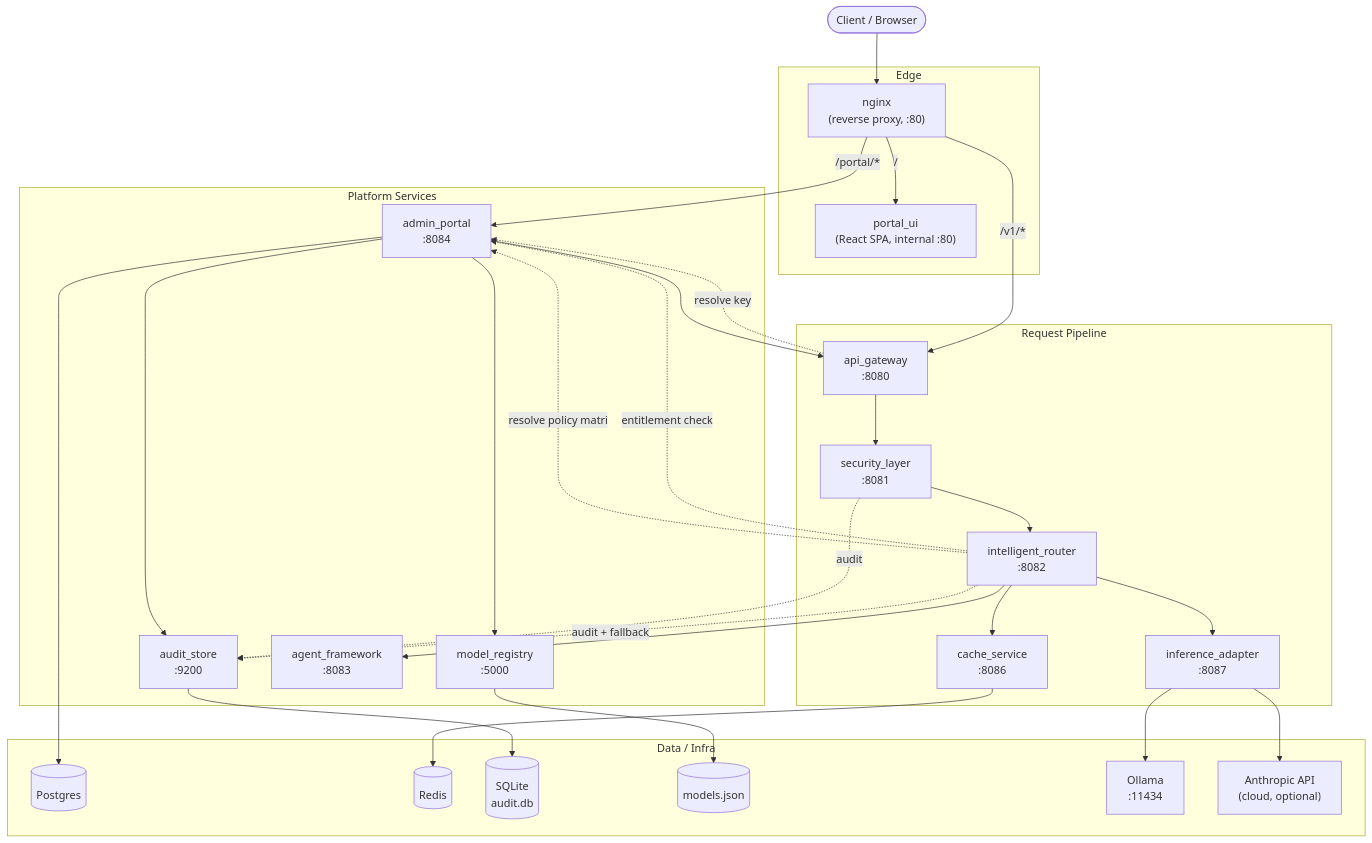
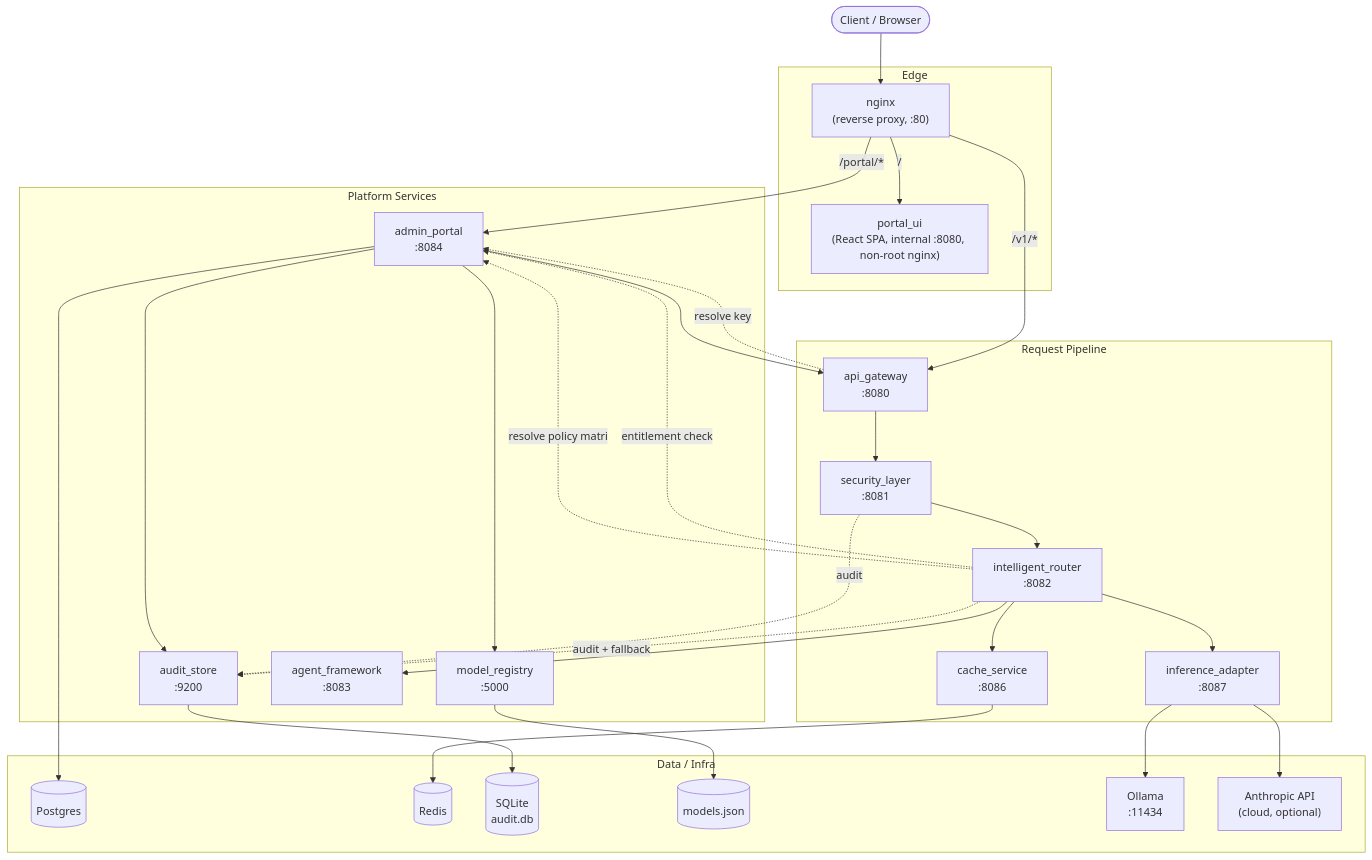
One commit to bhadri02/on_prem_llm_server_poc changed the first of 7 diagrams in docs/LLD.md. Above: the diagram before and after it, drawn with Mermaid. The commit also changed 107 other files, not shown here.

````diff
--- a/docs/LLD.md
+++ b/docs/LLD.md
@@ -32,59 +32,59 @@
 ```mermaid
 flowchart TB
     Client([Client / Browser])
 
     subgraph Edge["Edge"]
         NGINX["nginx<br/>(reverse proxy, :80)"]
-        PortalUI["portal_ui<br/>(React SPA, internal :80)"]
+        PortalUI["portal_ui<br/>(React SPA, internal :8080, non-root nginx)"]
     end
 
     subgraph Pipeline["Request Pipeline"]
         GW["api_gateway<br/>:8080"]
         SEC["security_layer<br/>:8081"]
         ROUTER["intelligent_router<br/>:8082"]
         CACHE["cache_service<br/>:8086"]
         INF["inference_adapter<br/>:8087"]
     end
 
     subgraph Platform["Platform Services"]
         ADMIN["admin_portal<br/>:8084"]
         AUDIT["audit_store<br/>:9200"]
         REG["model_registry<br/>:5000"]
         AGENT["agent_framework<br/>:8083"]
     end
 
     subgraph Data["Data / Infra"]
         PG[(Postgres)]
         REDIS[(Redis)]
         SQLITE[(SQLite<br/>audit.db)]
         JSONFILE[(models.json)]
         OLLAMA["Ollama<br/>:11434"]
         ANTHROPIC["Anthropic API<br/>(cloud, optional)"]
     end
 
     Client --> NGINX
     NGINX -->|"/"| PortalUI
     NGINX -->|"/portal/*"| ADMIN
     NGINX -->|"/v1/*"| GW
 
     GW --> SEC --> ROUTER
     ROUTER --> CACHE
     ROUTER --> INF
     INF --> OLLAMA
     INF --> ANTHROPIC
     CACHE --> REDIS
 
     GW -.resolve key.-> ADMIN
     ROUTER -.resolve policy matrix.-> ADMIN
     ROUTER -.entitlement check.-> ADMIN
     ADMIN --> PG
     ADMIN --> REG
     ADMIN --> AUDIT
     ADMIN --> GW
 
     SEC -.audit.-> AUDIT
     ROUTER -.audit + fallback.-> AUDIT
     AUDIT --> SQLITE
     REG --> JSONFILE
     ROUTER --> AGENT
 ```
````
